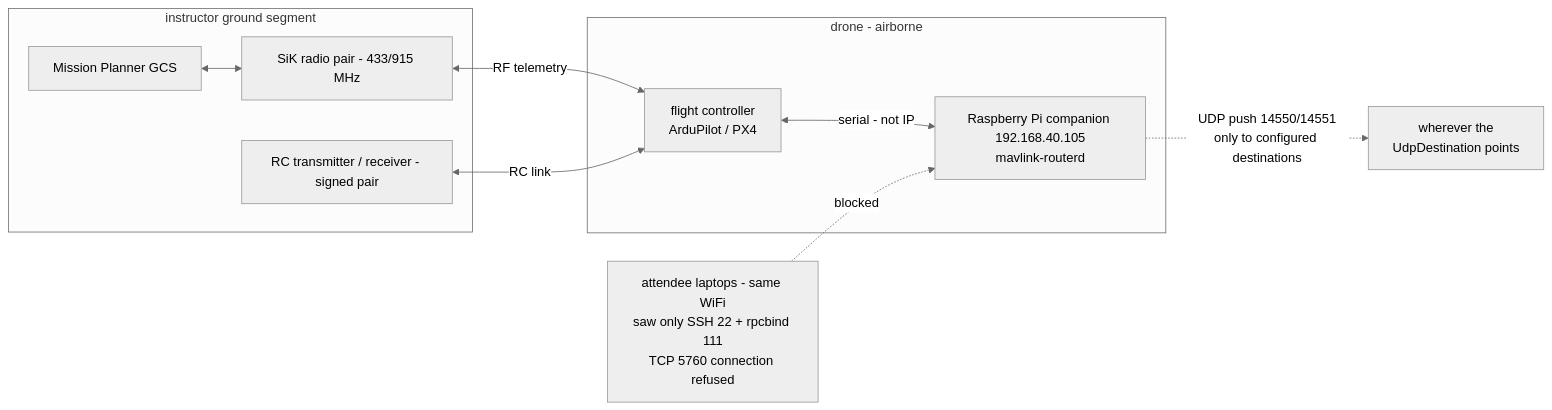
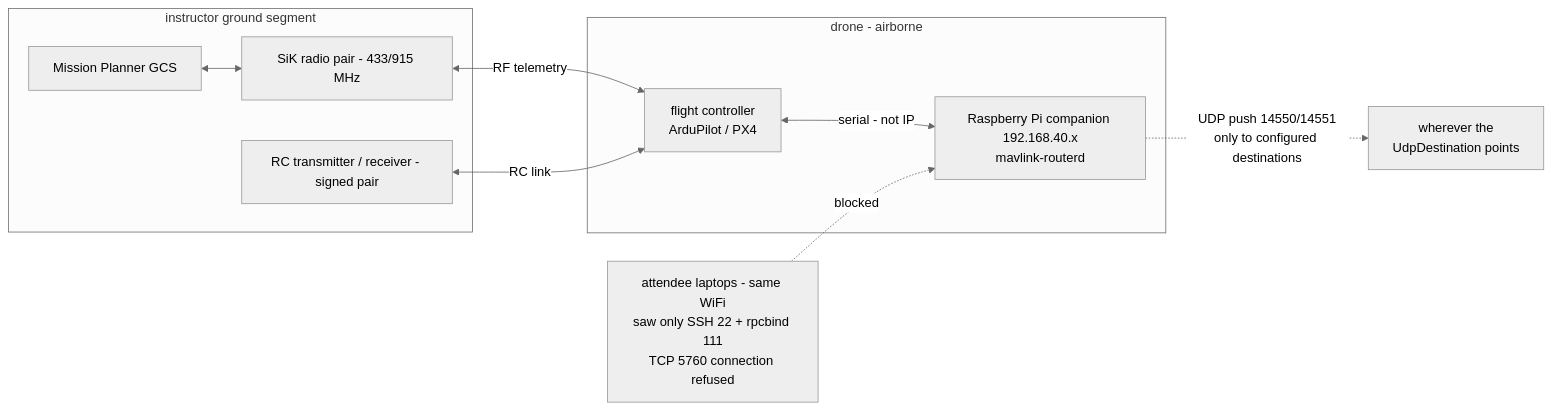
The third of 5 diagrams in _posts/2026-10-12-852-能飛.md (byronwai/byronwai.github.io), drawn with Mermaid (neutral theme) before and after one commit. The commit also changed other lines of this file, not shown here.

````diff
--- a/_posts/2026-10-12-852-能飛.md
+++ b/_posts/2026-10-12-852-能飛.md
@@ -233,19 +136,19 @@
 ```mermaid
 flowchart LR
     subgraph DRONE["drone - airborne"]
         FC["flight controller<br/>ArduPilot / PX4"]
-        PI["Raspberry Pi companion 192.168.40.105<br/>mavlink-routerd"]
+        PI["Raspberry Pi companion 192.168.40.x<br/>mavlink-routerd"]
         FC <-->|"serial - not IP"| PI
     end
     subgraph GROUND["instructor ground segment"]
         MP["Mission Planner GCS"]
         SIK["SiK radio pair - 433/915 MHz"]
         RCX["RC transmitter / receiver - signed pair"]
     end
     MP <--> SIK
     SIK <-->|"RF telemetry"| FC
     RCX <-->|"RC link"| FC
     PI -.->|"UDP push 14550/14551<br/>only to configured destinations"| DST["wherever the<br/>UdpDestination points"]
     LAP["attendee laptops - same WiFi<br/>saw only SSH 22 + rpcbind 111<br/>TCP 5760 connection refused"]
     LAP -.->|"blocked"| PI
 ```
````
